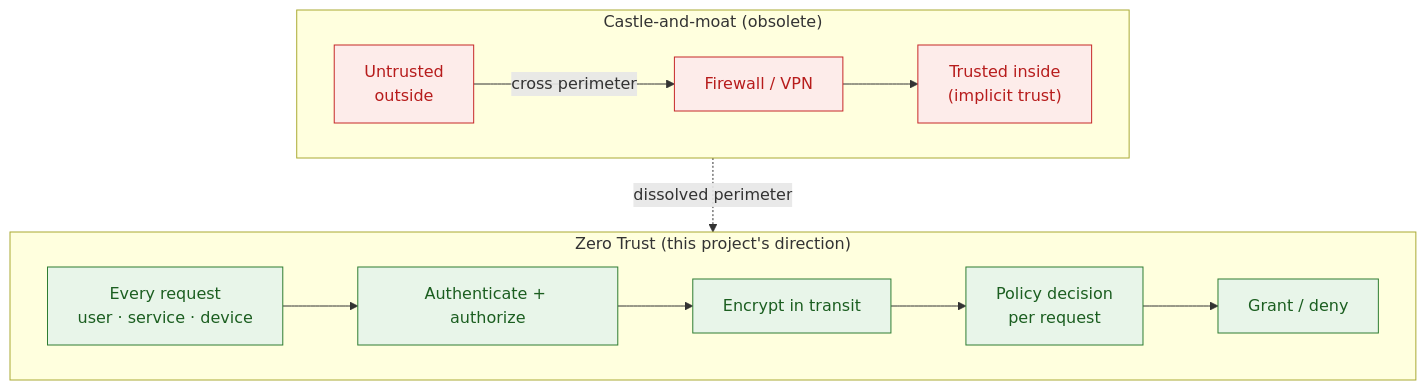
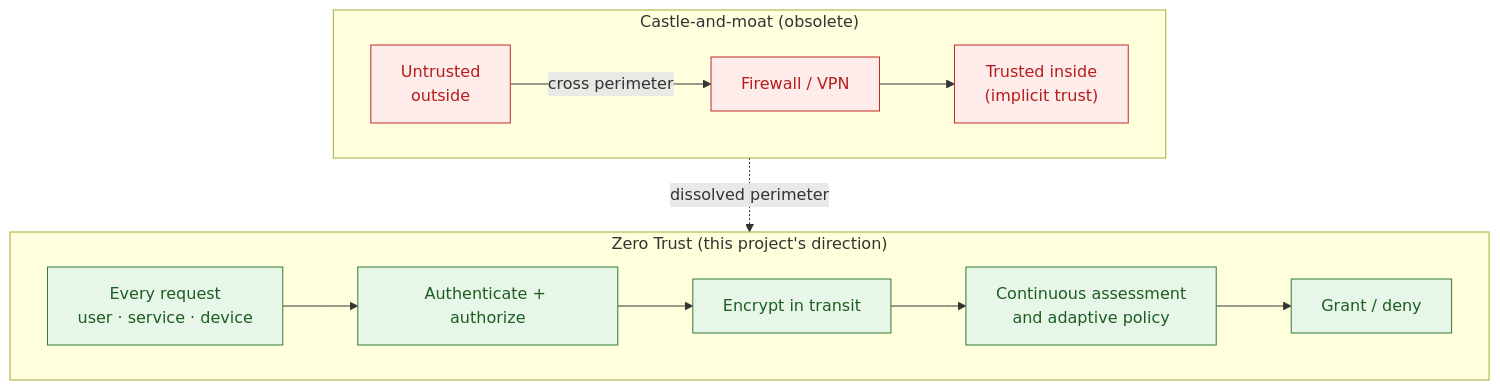
The third of 13 diagrams in docs/_drafts/thesis-concepts.md (mohamad4444/cloud-native-purchase-system), drawn with Mermaid before and after one commit. The commit also changed other lines of this file and 5 other files, not shown here.

Commit message:
docs: correct diagram inaccuracies found in source-code review

````diff
--- a/docs/_drafts/thesis-concepts.md
+++ b/docs/_drafts/thesis-concepts.md
@@ -61,20 +65,20 @@
 ```mermaid
 flowchart TB
   subgraph OLD["Castle-and-moat (obsolete)"]
     direction LR
     U1["Untrusted<br/>outside"] -->|"cross perimeter"| FW["Firewall / VPN"]
     FW --> T1["Trusted inside<br/>(implicit trust)"]
   end
   subgraph NEW["Zero Trust (this project's direction)"]
     direction LR
     REQ["Every request<br/>user · service · device"] --> AUTH["Authenticate + authorize"]
     AUTH --> ENC["Encrypt in transit"]
-    ENC --> POL["Policy decision<br/>per request"]
+    ENC --> POL["Continuous assessment<br/>and adaptive policy"]
     POL --> OK["Grant / deny"]
   end
   OLD -.->|"dissolved perimeter"| NEW
   classDef bad fill:#fdecea,stroke:#c62828,color:#b71c1c;
   classDef good fill:#e8f5e9,stroke:#2e7d32,color:#1b5e20;
   class U1,FW,T1 bad;
   class REQ,AUTH,ENC,POL,OK good;
 ```
````
